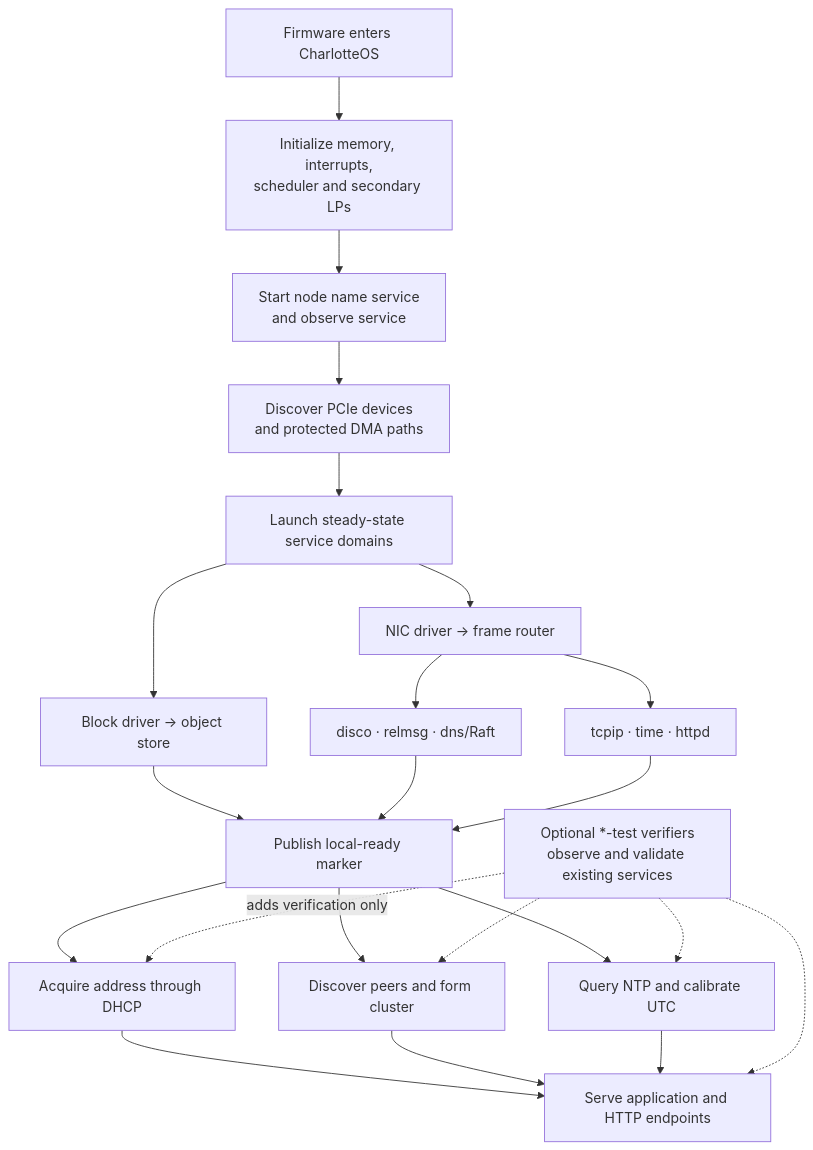
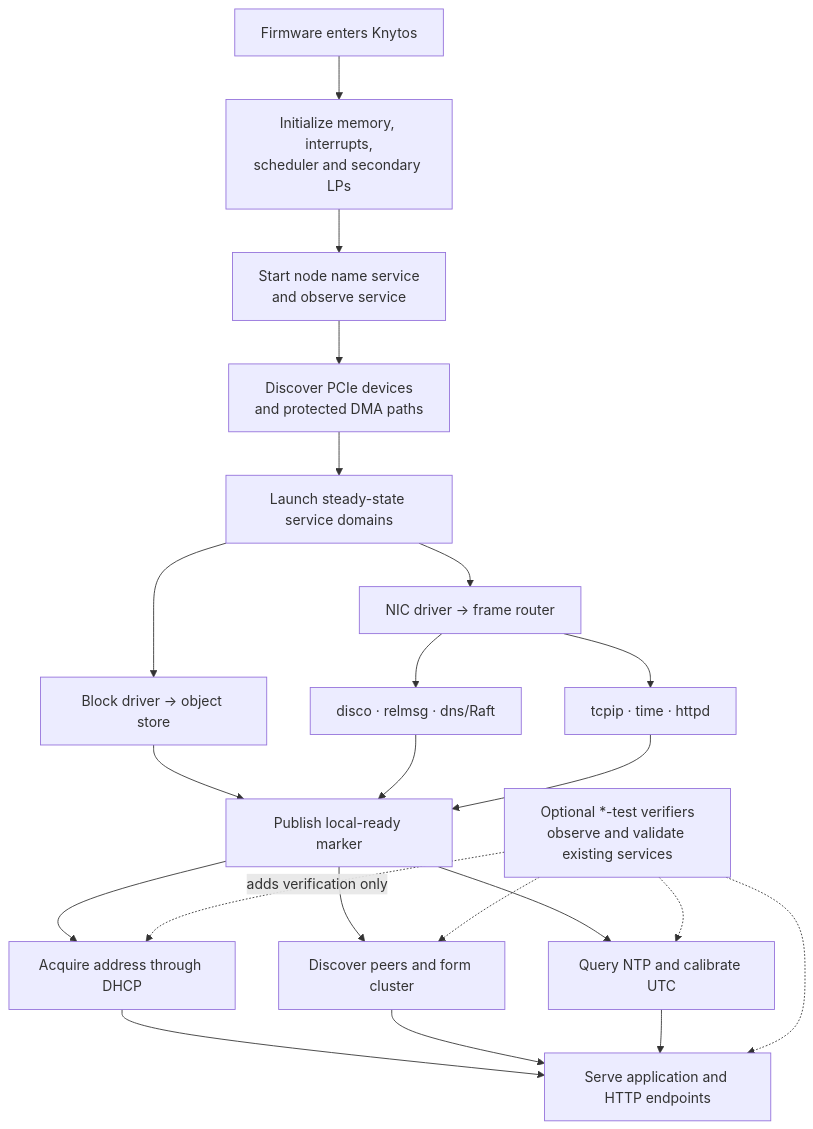
One commit to FrodeRanders/charlotte-os changed the fourth of 14 diagrams in docs/figures.md. Above: the diagram before and after it, drawn with Mermaid. The commit also changed other lines of this file and 333 other files, not shown here.

````diff
--- a/docs/figures.md
+++ b/docs/figures.md
@@ -170,43 +170,43 @@
 ```mermaid
 flowchart TD
-BOOT["Firmware enters CharlotteOS"]
+BOOT["Firmware enters Knytos"]
 INIT["Initialize memory, interrupts,<br/>scheduler and secondary LPs"]
 CORE["Start node name service<br/>and observe service"]
 DISCOVER["Discover PCIe devices<br/>and protected DMA paths"]
 LAUNCH["Launch steady-state service domains"]
 
       STORAGE["Block driver → object store"]
       NETWORK["NIC driver → frame router"]
       CLUSTER["disco · relmsg · dns/Raft"]
       APPLIANCE["tcpip · time · httpd"]
 
       READY["Publish local-ready marker"]
       DHCP["Acquire address through DHCP"]
       PEERS["Discover peers and form cluster"]
       UTC["Query NTP and calibrate UTC"]
       SERVE["Serve application and HTTP endpoints"]
 
       TESTS["Optional *-test verifiers<br/>observe and validate existing services"]
 
       BOOT --> INIT --> CORE --> DISCOVER --> LAUNCH
       LAUNCH --> STORAGE
       LAUNCH --> NETWORK
       NETWORK --> CLUSTER
       NETWORK --> APPLIANCE
 
       STORAGE --> READY
       CLUSTER --> READY
       APPLIANCE --> READY
 
       READY --> DHCP
       READY --> PEERS
       READY --> UTC
       DHCP --> SERVE
       PEERS --> SERVE
       UTC --> SERVE
 
       TESTS -. "adds verification only" .-> DHCP
       TESTS -.-> PEERS
       TESTS -.-> UTC
       TESTS -.-> SERVE
 ```
````
